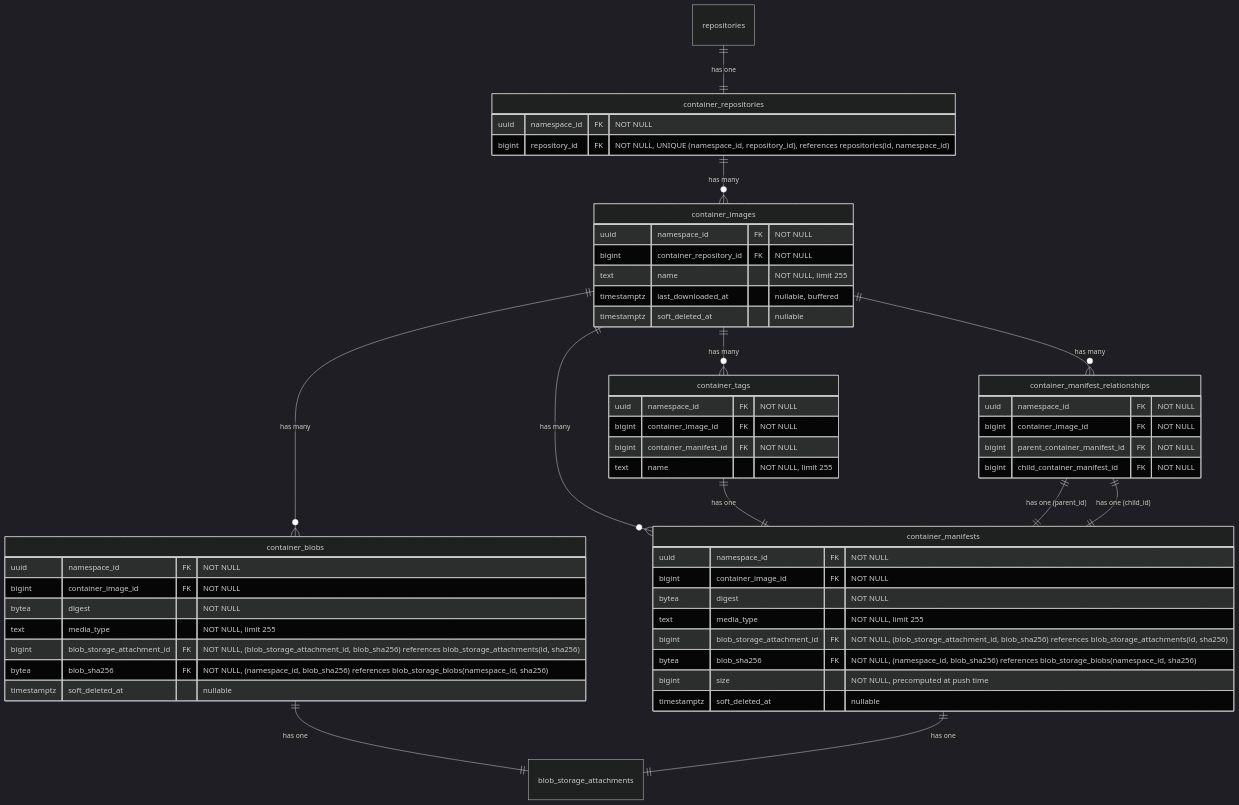
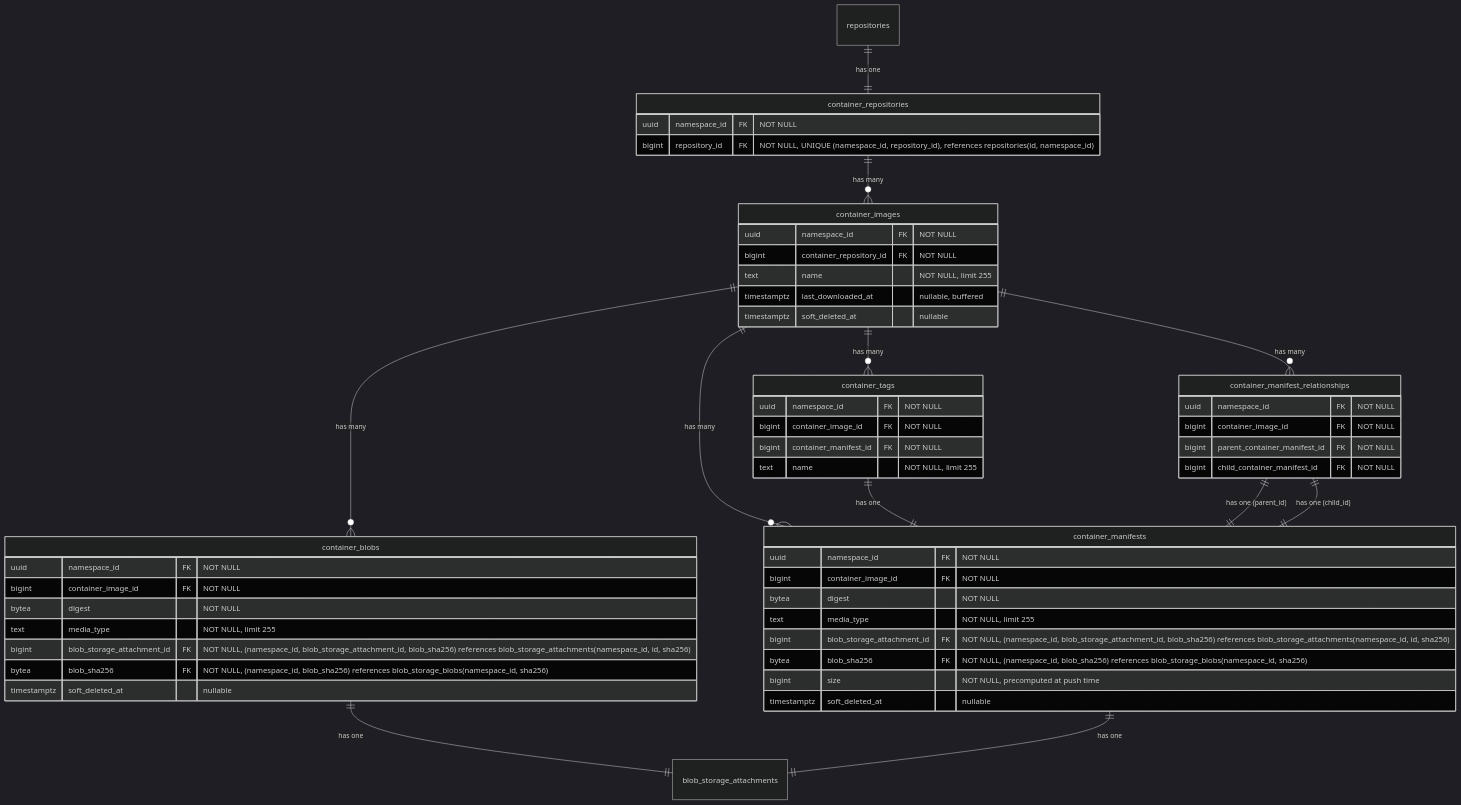
One commit to kyama0/gitlab-handbook-ja changed the seventh of 19 diagrams in content/handbook/engineering/architecture/design-documents/artifact_registry/decisions/007_database_schema.md. Above: the diagram before and after it, drawn with Mermaid (dark theme). The commit also changed other lines of this file and 1 other file, not shown here.

First line of the commit message:
translation: batch 2026-05-18-1 part 2 (ADR-007 database schema)

````diff
--- a/content/handbook/engineering/architecture/design-documents/artifact_registry/decisions/007_database_schema.md
+++ b/content/handbook/engineering/architecture/design-documents/artifact_registry/decisions/007_database_schema.md
@@ -356,62 +359,62 @@
 ```mermaid
 erDiagram
     repositories ||--|| container_repositories : "has one"
     container_repositories ||--o{ container_images : "has many"
     container_images ||--o{ container_blobs : "has many"
     container_images ||--o{ container_manifests : "has many"
     container_images ||--o{ container_manifest_relationships : "has many"
     container_images ||--o{ container_tags : "has many"
     container_tags ||--|| container_manifests : "has one"
     container_blobs ||--|| blob_storage_attachments : "has one"
     container_manifests ||--|| blob_storage_attachments : "has one"
     container_manifest_relationships ||--|| container_manifests : "has one (parent_id)"
     container_manifest_relationships ||--|| container_manifests : "has one (child_id)"
 
     container_repositories {
         uuid namespace_id FK "NOT NULL"
         bigint repository_id FK "NOT NULL, UNIQUE (namespace_id, repository_id), references repositories(id, namespace_id)"
     }
 
     container_images {
         uuid namespace_id FK "NOT NULL"
         bigint container_repository_id FK "NOT NULL"
         text name "NOT NULL, limit 255"
         timestamptz last_downloaded_at "nullable, buffered"
         timestamptz soft_deleted_at "nullable"
     }
 
     container_blobs {
         uuid namespace_id FK "NOT NULL"
         bigint container_image_id FK "NOT NULL"
         bytea digest "NOT NULL"
         text media_type "NOT NULL, limit 255"
-        bigint blob_storage_attachment_id FK "NOT NULL, (blob_storage_attachment_id, blob_sha256) references blob_storage_attachments(id, sha256)"
+        bigint blob_storage_attachment_id FK "NOT NULL, (namespace_id, blob_storage_attachment_id, blob_sha256) references blob_storage_attachments(namespace_id, id, sha256)"
         bytea blob_sha256 FK "NOT NULL, (namespace_id, blob_sha256) references blob_storage_blobs(namespace_id, sha256)"
         timestamptz soft_deleted_at "nullable"
     }
 
     container_manifests {
         uuid namespace_id FK "NOT NULL"
         bigint container_image_id FK "NOT NULL"
         bytea digest "NOT NULL"
         text media_type "NOT NULL, limit 255"
-        bigint blob_storage_attachment_id FK "NOT NULL, (blob_storage_attachment_id, blob_sha256) references blob_storage_attachments(id, sha256)"
+        bigint blob_storage_attachment_id FK "NOT NULL, (namespace_id, blob_storage_attachment_id, blob_sha256) references blob_storage_attachments(namespace_id, id, sha256)"
         bytea blob_sha256 FK "NOT NULL, (namespace_id, blob_sha256) references blob_storage_blobs(namespace_id, sha256)"
         bigint size "NOT NULL, precomputed at push time"
         timestamptz soft_deleted_at "nullable"
     }
 
     container_manifest_relationships {
         uuid namespace_id FK "NOT NULL"
         bigint container_image_id FK "NOT NULL"
         bigint parent_container_manifest_id FK "NOT NULL"
         bigint child_container_manifest_id FK "NOT NULL"
     }
 
     container_tags {
         uuid namespace_id FK "NOT NULL"
         bigint container_image_id FK "NOT NULL"
         bigint container_manifest_id FK "NOT NULL"
         text name "NOT NULL, limit 255"
     }
 ```
````
